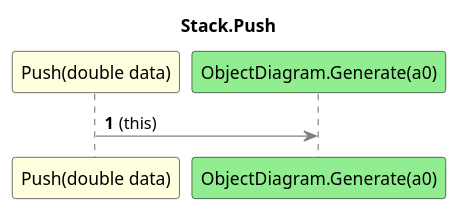
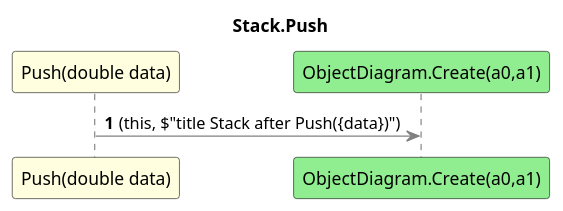
One commit to leoggehrer/2324-34_ABIF_ACIF_POSE changed the diagram in UPNCalculator.ConApp/diagrams/sq_Stack_Push.puml. Above: the diagram before and after it, drawn with PlantUML. The commit also changed 14 other files, not shown here.

```diff
--- a/UPNCalculator.ConApp/diagrams/sq_Stack_Push.puml
+++ b/UPNCalculator.ConApp/diagrams/sq_Stack_Push.puml
@@ -1,7 +1,7 @@
 @startuml Stack.Push
 title Stack.Push
 participant "Push(double data)" as Push_p0 #LightYellow
-participant "ObjectDiagram.Generate(a0)" as ObjectDiagram_Generate_a0 #LightGreen
+participant "ObjectDiagram.Create(a0,a1)" as ObjectDiagram_Create_a0_a1 #LightGreen
 autonumber
-Push_p0 -[#grey]> ObjectDiagram_Generate_a0 : (this)
+Push_p0 -[#grey]> ObjectDiagram_Create_a0_a1 : (this, $"title Stack after Push({data})")
 @enduml
```
